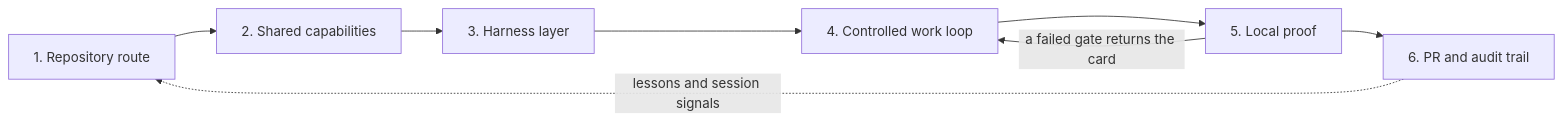
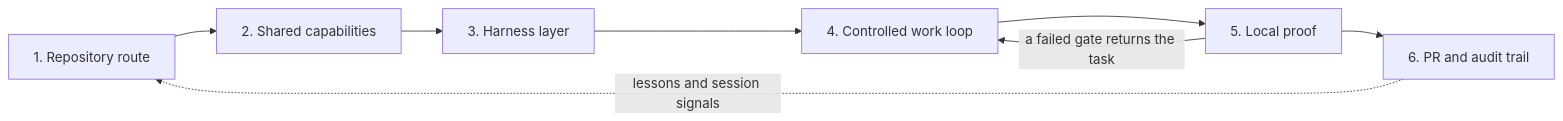
Before and after one commit to peeyushchoudhary/agent-toolchain: the diagram in README.md, drawn with Mermaid. The commit also changed other lines of this file and 32 other files, not shown here.

````diff
--- a/README.md
+++ b/README.md
@@ -18,10 +18,10 @@
 ```mermaid
 flowchart LR
     S1["1. Repository route"] --> S2["2. Shared capabilities"]
     S2 --> S3["3. Harness layer"]
     S3 --> S4["4. Controlled work loop"]
     S4 --> S5["5. Local proof"]
     S5 --> S6["6. PR and audit trail"]
-    S5 -- "a failed gate returns the card" --> S4
+    S5 -- "a failed gate returns the task" --> S4
     S6 -. "lessons and session signals" .-> S1
 ```
````
